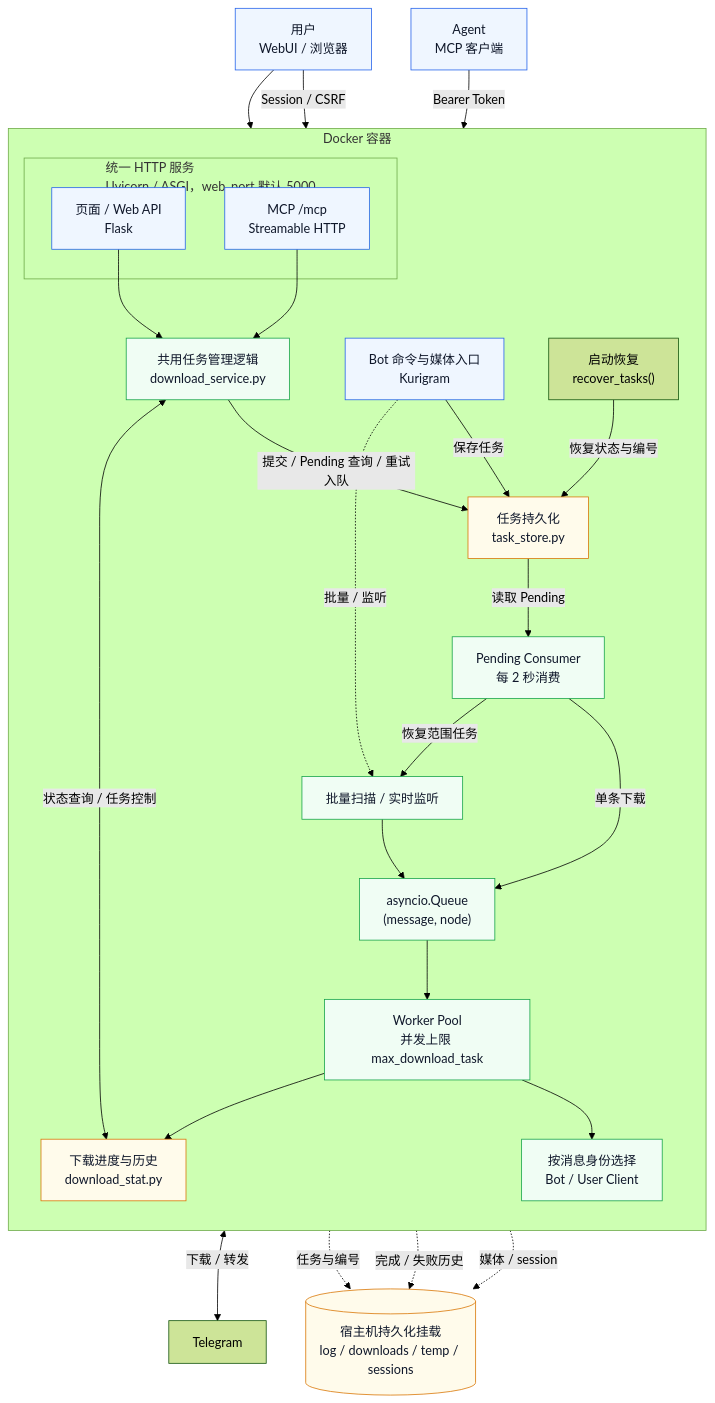
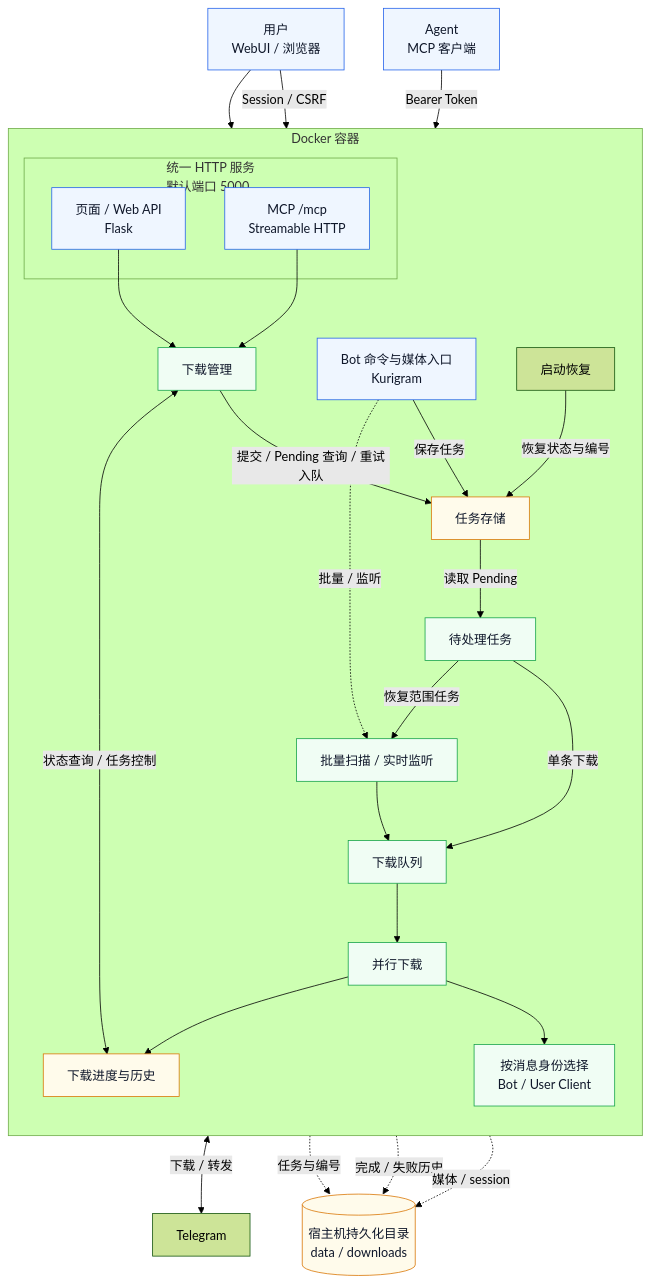
The first of 2 diagrams in README.md (smilekevin/TGPorter), drawn with Mermaid (forest theme) before and after one commit. The commit also changed other lines of this file and 57 other files, not shown here.

````diff
--- a/README.md
+++ b/README.md
@@ -226,55 +201,55 @@
 ```mermaid
 flowchart TB
     User["用户<br/>WebUI / 浏览器"]
     Agent["Agent<br/>MCP 客户端"]
     Telegram["Telegram"]
 
     subgraph Container["Docker 容器"]
         direction TB
         Bot["Bot 命令与媒体入口<br/>Kurigram"]
-        subgraph HTTP["统一 HTTP 服务<br/>Uvicorn / ASGI，web_port 默认 5000"]
+        subgraph HTTP["统一 HTTP 服务<br/>默认端口 5000"]
             API["页面 / Web API<br/>Flask"]
             MCP["MCP /mcp<br/>Streamable HTTP"]
         end
-        Service["共用任务管理逻辑<br/>download_service.py"]
-        Store["任务持久化<br/>task_store.py"]
-        Recovery["启动恢复<br/>recover_tasks()"]
-        Consumer["Pending Consumer<br/>每 2 秒消费"]
+        Service["下载管理"]
+        Store["任务存储"]
+        Recovery["启动恢复"]
+        Consumer["待处理任务"]
         Scan["批量扫描 / 实时监听"]
-        Queue["asyncio.Queue<br/>(message, node)"]
-        Workers["Worker Pool<br/>并发上限 max_download_task"]
+        Queue["下载队列"]
+        Workers["并行下载"]
         Clients["按消息身份选择<br/>Bot / User Client"]
-        Stats["下载进度与历史<br/>download_stat.py"]
+        Stats["下载进度与历史"]
     end
 
-    Data[("宿主机持久化挂载<br/>log / downloads / temp / sessions")]
+    Data[("宿主机持久化目录<br/>data / downloads")]
 
     User --> Bot
     User -->|Session / CSRF| API
     Agent -->|Bearer Token| MCP
     API --> Service
     MCP --> Service
     Bot -->|保存任务| Store
     Service -->|提交 / Pending 查询 / 重试入队| Store
     Service <-->|状态查询 / 任务控制| Stats
     Recovery -->|恢复状态与编号| Store
     Store -->|读取 Pending| Consumer
     Consumer -->|单条下载| Queue
     Consumer -->|恢复范围任务| Scan
     Bot -.->|批量 / 监听| Scan
     Scan --> Queue
     Queue --> Workers
     Workers --> Clients
     Clients <-->|下载 / 转发| Telegram
     Workers --> Stats
     Store -.->|任务与编号| Data
     Stats -.->|完成 / 失败历史| Data
     Clients -.->|媒体 / session| Data
 
     classDef entry fill:#eff6ff,stroke:#2563eb,color:#0f172a
     classDef pipeline fill:#f0fdf4,stroke:#16a34a,color:#0f172a
     classDef storage fill:#fffbeb,stroke:#d97706,color:#0f172a
     class User,Bot,API,Agent,MCP entry
     class Service,Consumer,Scan,Queue,Workers,Clients pipeline
     class Store,Stats,Data storage
 ```
````
